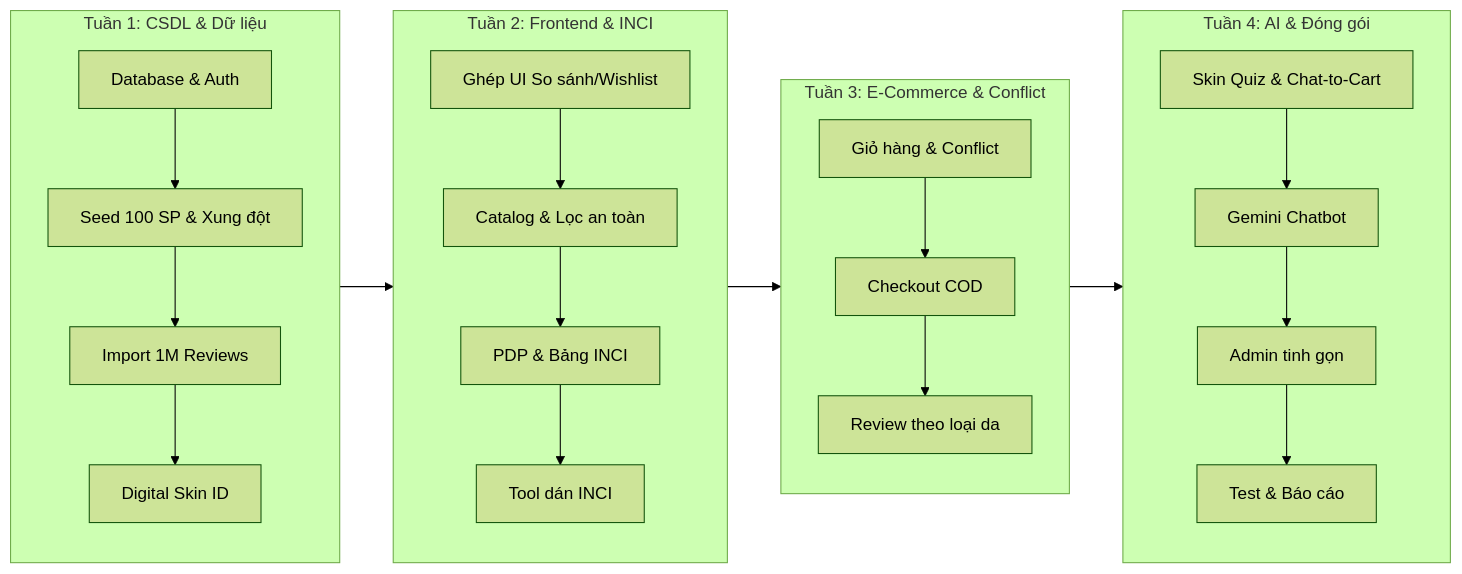
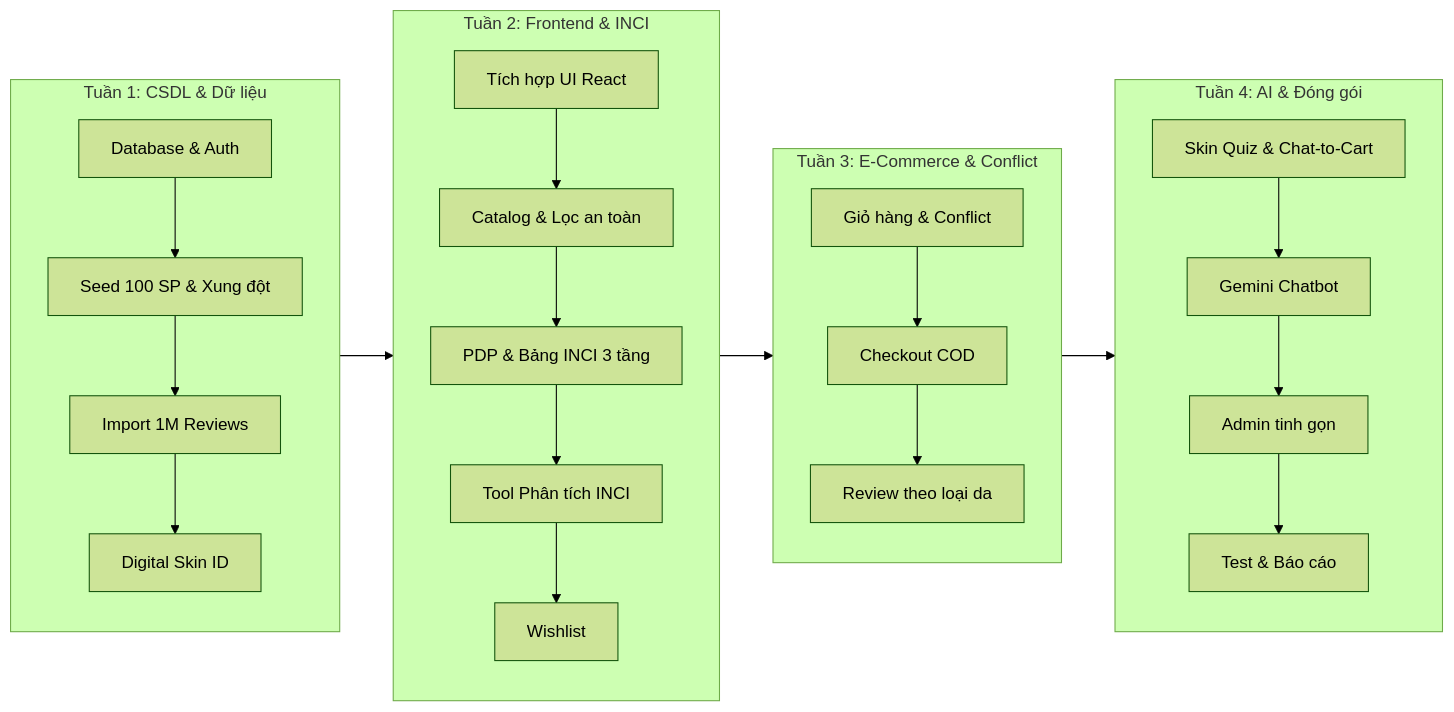
Before and after one commit to keplertuyen/beauty_ai: the diagram in docs/CHUC_NANG_PHASE1_DO_AN.md, drawn with Mermaid (forest theme). The commit also changed other lines of this file and 442 other files, not shown here.

First line of the commit message:
feat: implement order checkout flow and standardize local product imagery

````diff
--- a/docs/CHUC_NANG_PHASE1_DO_AN.md
+++ b/docs/CHUC_NANG_PHASE1_DO_AN.md
@@ -270,16 +273,16 @@
 ```mermaid
 flowchart LR
     subgraph W1["Tuần 1: CSDL & Dữ liệu"]
         T11["Database & Auth"] --> T12["Seed 100 SP & Xung đột"] --> T13["Import 1M Reviews"] --> T14["Digital Skin ID"]
     end
     subgraph W2["Tuần 2: Frontend & INCI"]
-        T21["Ghép UI So sánh/Wishlist"] --> T22["Catalog & Lọc an toàn"] --> T23["PDP & Bảng INCI"] --> T24["Tool dán INCI"]
+        T21["Tích hợp UI React"] --> T22["Catalog & Lọc an toàn"] --> T23["PDP & Bảng INCI 3 tầng"] --> T24["Tool Phân tích INCI"] --> T25["Wishlist"]
     end
     subgraph W3["Tuần 3: E-Commerce & Conflict"]
         T31["Giỏ hàng & Conflict"] --> T32["Checkout COD"] --> T33["Review theo loại da"]
     end
     subgraph W4["Tuần 4: AI & Đóng gói"]
         T41["Skin Quiz & Chat-to-Cart"] --> T42["Gemini Chatbot"] --> T43["Admin tinh gọn"] --> T44["Test & Báo cáo"]
     end
     W1 --> W2 --> W3 --> W4
 ```
````
